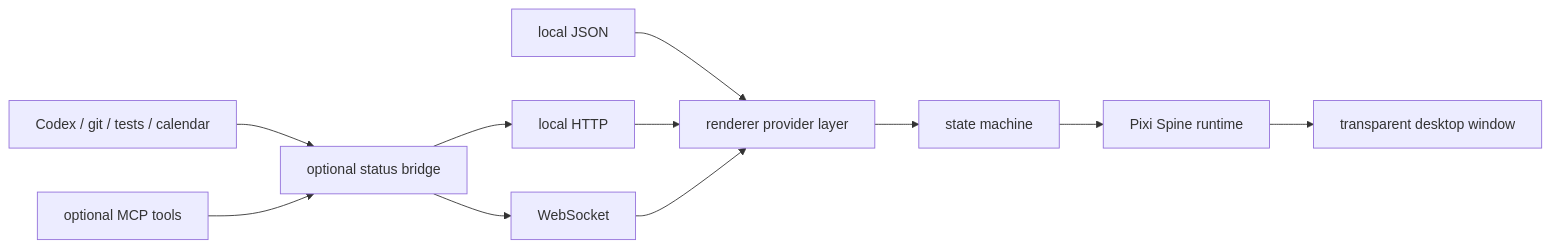
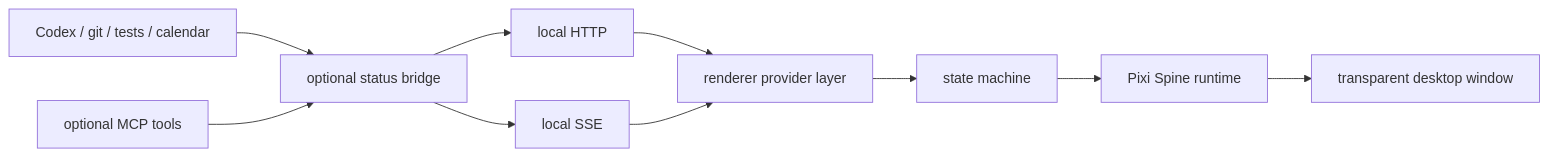
One commit to cb8010d6/spine-companion changed the diagram in docs/architecture/overview.md. Above: the diagram before and after it, drawn with Mermaid. The commit also changed other lines of this file and 32 other files, not shown here.

````diff
--- a/docs/architecture/overview.md
+++ b/docs/architecture/overview.md
@@ -5,13 +5,12 @@
 ```mermaid
 flowchart LR
   Codex["Codex / git / tests / calendar"] --> Bridge["optional status bridge"]
   MCP["optional MCP tools"] --> Bridge
-  Json["local JSON"] --> Providers
   Http["local HTTP"] --> Providers
-  Ws["WebSocket"] --> Providers
+  Sse["local SSE"] --> Providers
   Bridge --> Http
-  Bridge --> Ws
+  Bridge --> Sse
   Providers["renderer provider layer"] --> State["state machine"]
   State --> Spine["Pixi Spine runtime"]
   Spine --> Window["transparent desktop window"]
 ```
````
